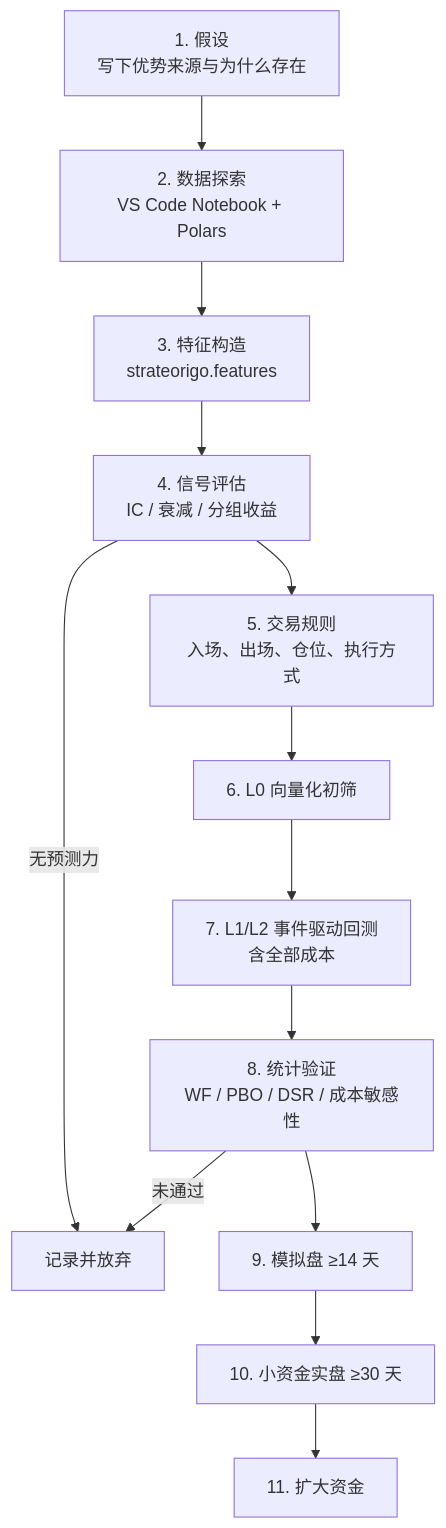
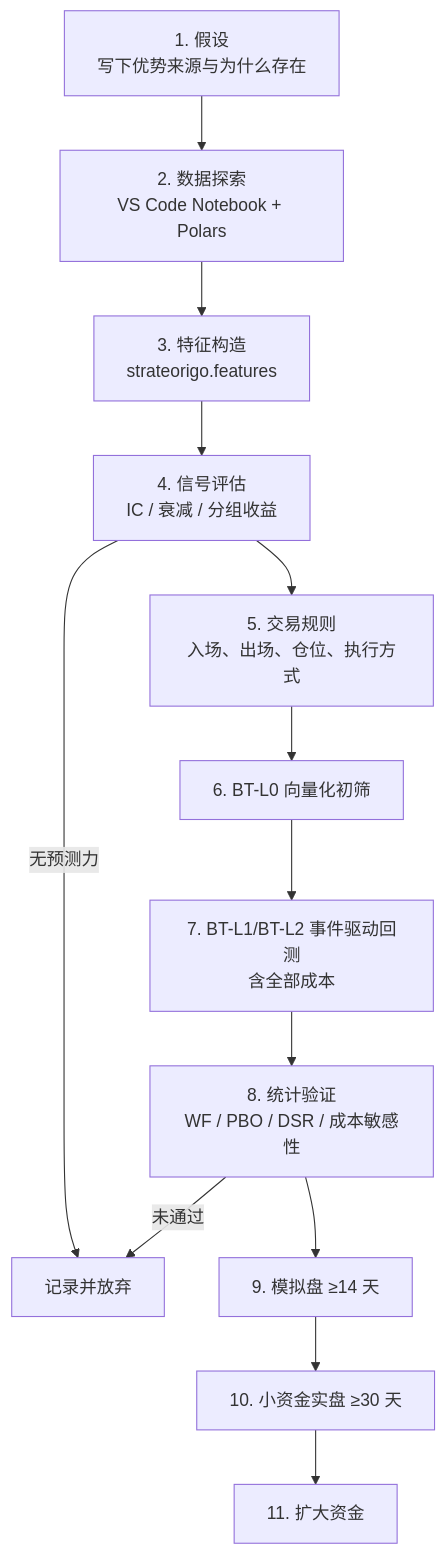
The first of 2 diagrams in docs/07-strategies.md (mensorigo/StrateOrigo), drawn with Mermaid before and after one commit. The commit also changed other lines of this file and 14 other files, not shown here.

````diff
--- a/docs/07-strategies.md
+++ b/docs/07-strategies.md
@@ -34,15 +34,15 @@
 ```mermaid
 flowchart TB
     H["1. 假设<br/>写下优势来源与为什么存在"] --> E["2. 数据探索<br/>VS Code Notebook + Polars"]
     E --> F["3. 特征构造<br/>strateorigo.features"]
     F --> SE["4. 信号评估<br/>IC / 衰减 / 分组收益"]
     SE -->|"无预测力"| X["记录并放弃"]
     SE --> R["5. 交易规则<br/>入场、出场、仓位、执行方式"]
-    R --> L0["6. L0 向量化初筛"]
-    L0 --> L12["7. L1/L2 事件驱动回测<br/>含全部成本"]
-    L12 --> V["8. 统计验证<br/>WF / PBO / DSR / 成本敏感性"]
+    R --> VEC["6. BT-L0 向量化初筛"]
+    VEC --> EVT["7. BT-L1/BT-L2 事件驱动回测<br/>含全部成本"]
+    EVT --> V["8. 统计验证<br/>WF / PBO / DSR / 成本敏感性"]
     V -->|"未通过"| X
     V --> P["9. 模拟盘 ≥14 天"]
     P --> LV["10. 小资金实盘 ≥30 天"]
     LV --> SC["11. 扩大资金"]
 ```
````
